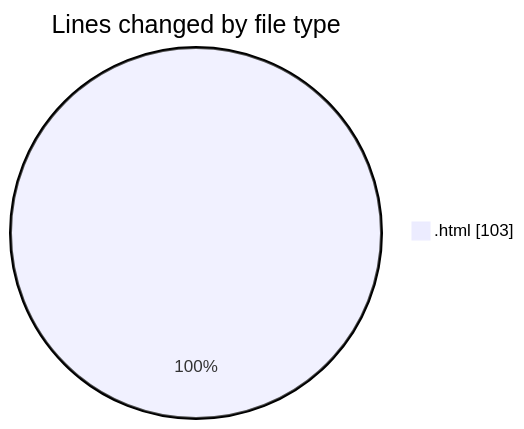
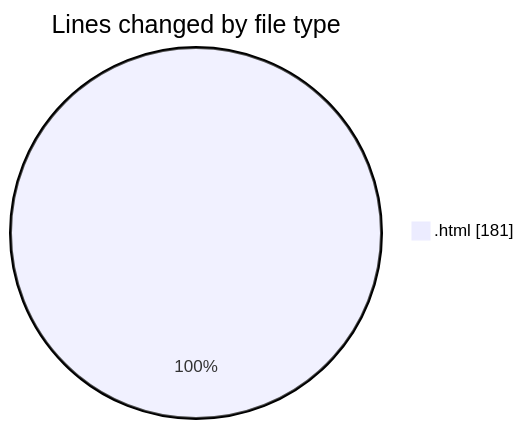
One commit to IJAZ3593/code-tracking changed the first of 2 diagrams in 2025-09-13/new_folder/README.md. Above: the diagram before and after it, drawn with Mermaid. The commit also changed other lines of this file and 1 other file, not shown here.

````diff
--- a/2025-09-13/new_folder/README.md
+++ b/2025-09-13/new_folder/README.md
@@ -22,5 +24,5 @@
 ```mermaid
 pie showData
 title Lines changed by file type
-".html" : 103
+".html" : 181
 ```
````
